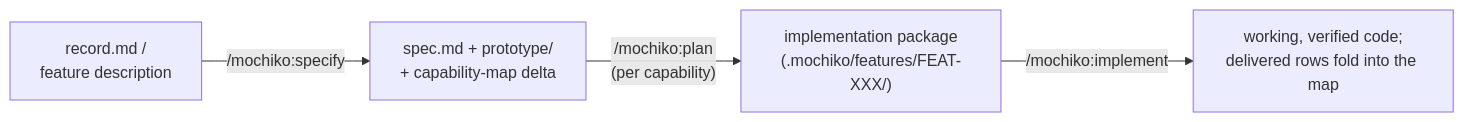
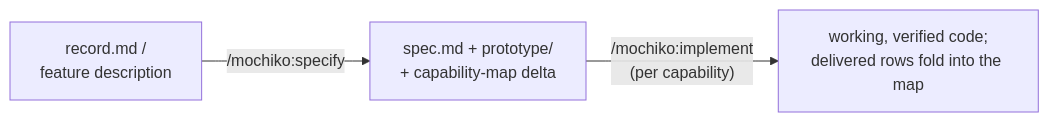
One commit to humaninloop-dev/mochiko changed the second of 3 diagrams in README.md. Above: the diagram before and after it, drawn with Mermaid. The commit also changed other lines of this file and 104 other files, not shown here.

Commit message:
Plan retired; implement absorbs design phase behind sufficiency check (v0.91.0)

````diff
--- a/README.md
+++ b/README.md
@@ -76,6 +75,5 @@
 ```mermaid
 flowchart LR
     R["record.md /<br/>feature description"] -- "/mochiko:specify" --> S["spec.md + prototype/<br/>+ capability-map delta"]
-    S -- "/mochiko:plan<br/>(per capability)" --> P["implementation package<br/>(.mochiko/features/FEAT-XXX/)"]
-    P -- "/mochiko:implement" --> C["working, verified code;<br/>delivered rows fold into the map"]
+    S -- "/mochiko:implement<br/>(per capability)" --> C["working, verified code;<br/>delivered rows fold into the map"]
 ```
````
